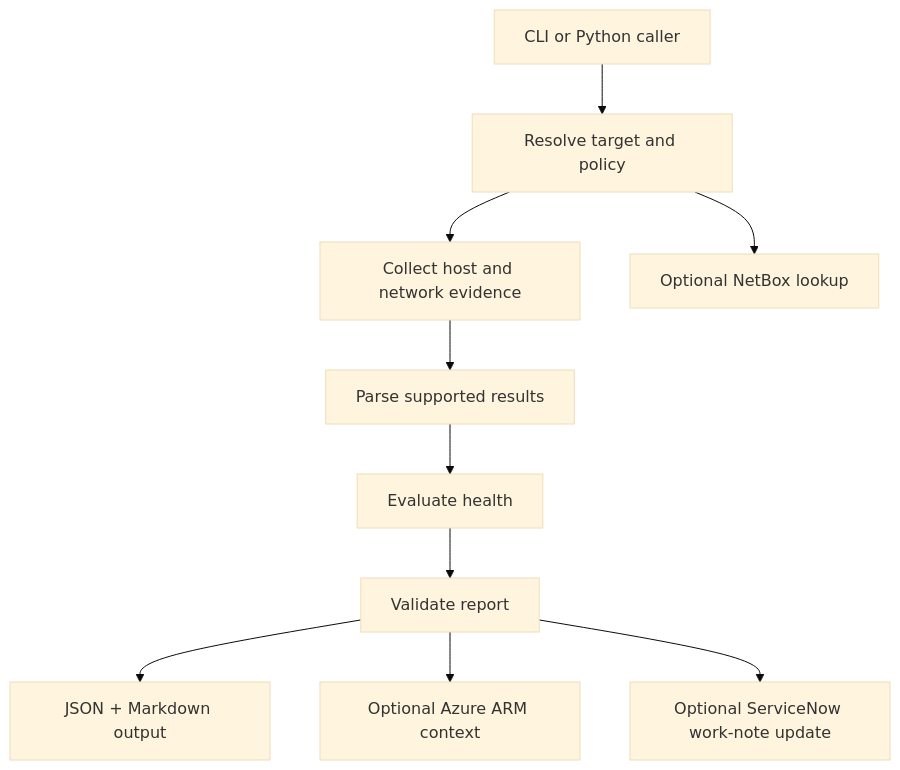
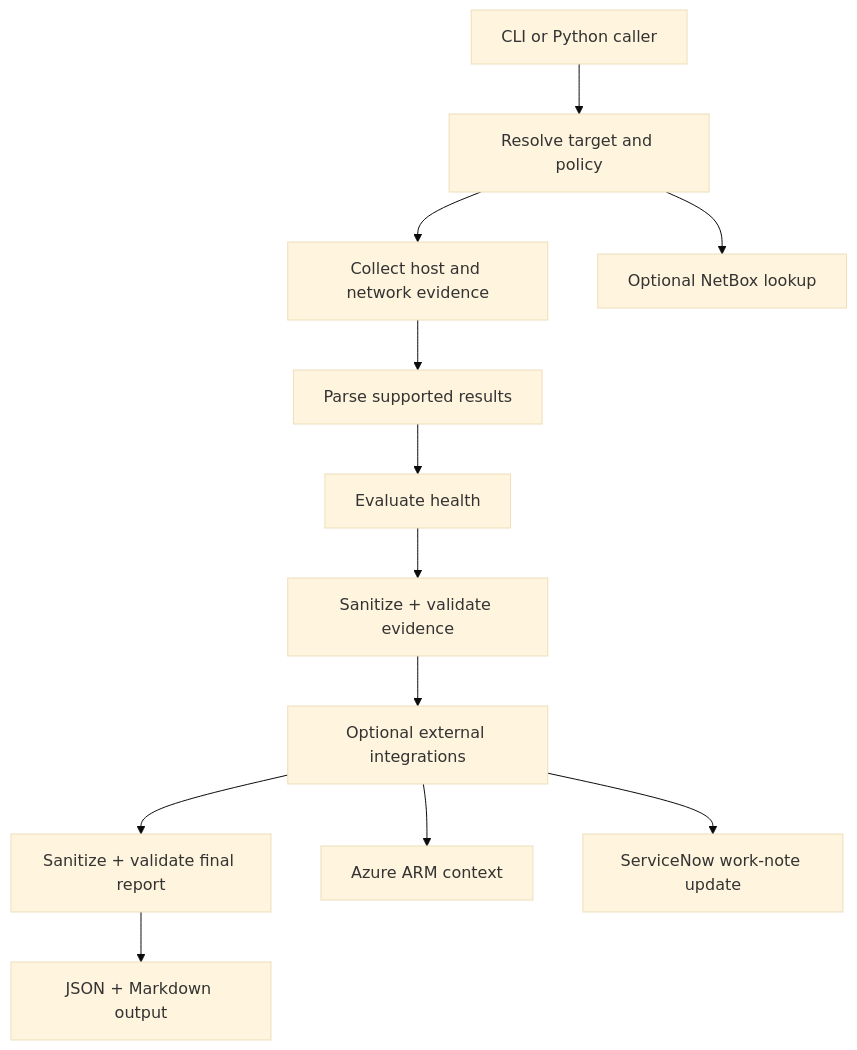
The diagram in docs/ENGINEERING.md (JNHolman/network-incident-pack), drawn with Mermaid (base theme) before and after one commit. The commit also changed other lines of this file, not shown here.

Commit message:
Align engineering flow with the current application lifecycle

````diff
--- a/docs/ENGINEERING.md
+++ b/docs/ENGINEERING.md
@@ -7,12 +7,14 @@
 ```mermaid
 flowchart TD
     A[CLI or Python caller] --> B[Resolve target and policy]
     B --> C[Collect host and network evidence]
     C --> D[Parse supported results]
     D --> E[Evaluate health]
-    E --> F[Validate report]
-    F --> G[JSON + Markdown output]
-    B --> H[Optional NetBox lookup]
-    F --> I[Optional Azure ARM context]
-    F --> J[Optional ServiceNow work-note update]
+    E --> F[Sanitize + validate evidence]
+    F --> G[Optional external integrations]
+    G --> H[Sanitize + validate final report]
+    H --> I[JSON + Markdown output]
+    B --> J[Optional NetBox lookup]
+    G --> K[Azure ARM context]
+    G --> L[ServiceNow work-note update]
 ```
````
